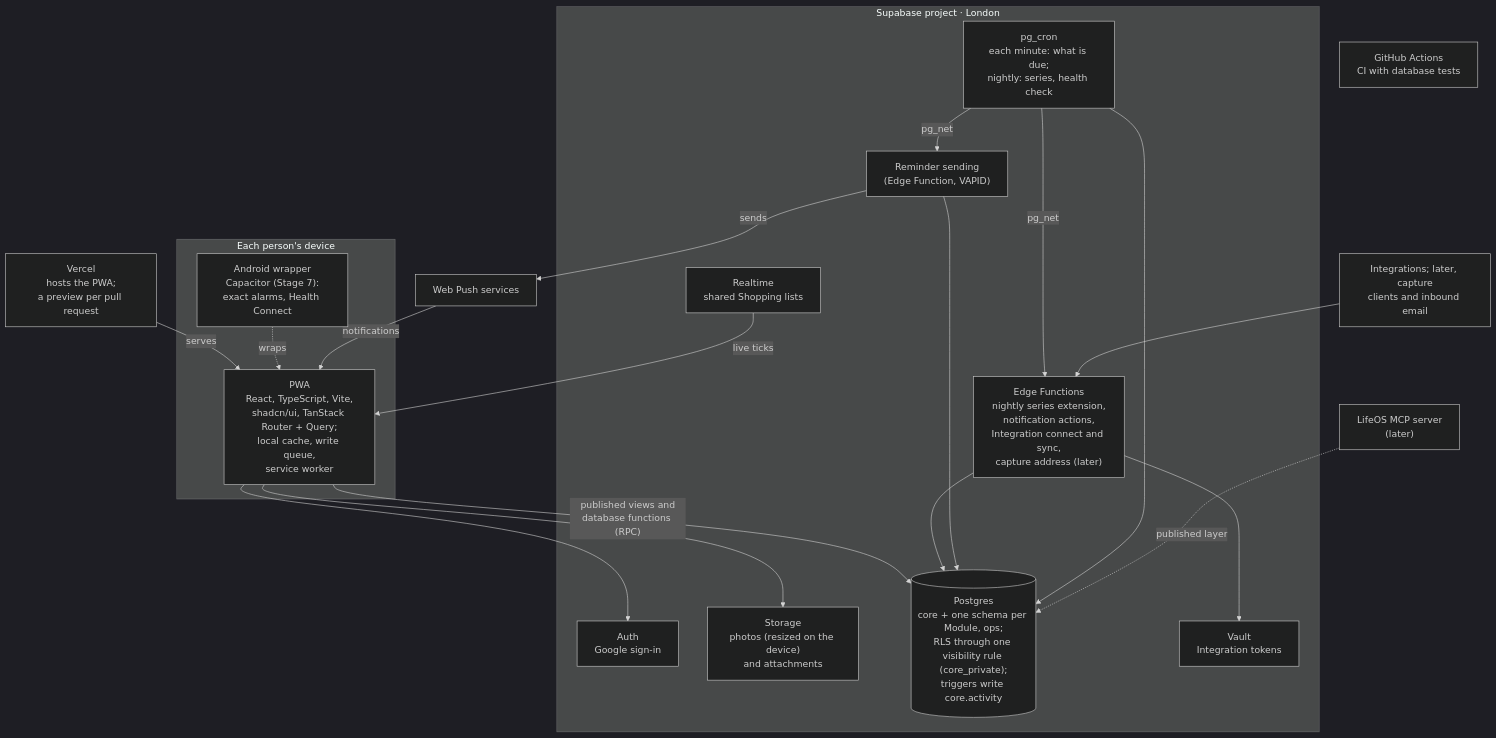
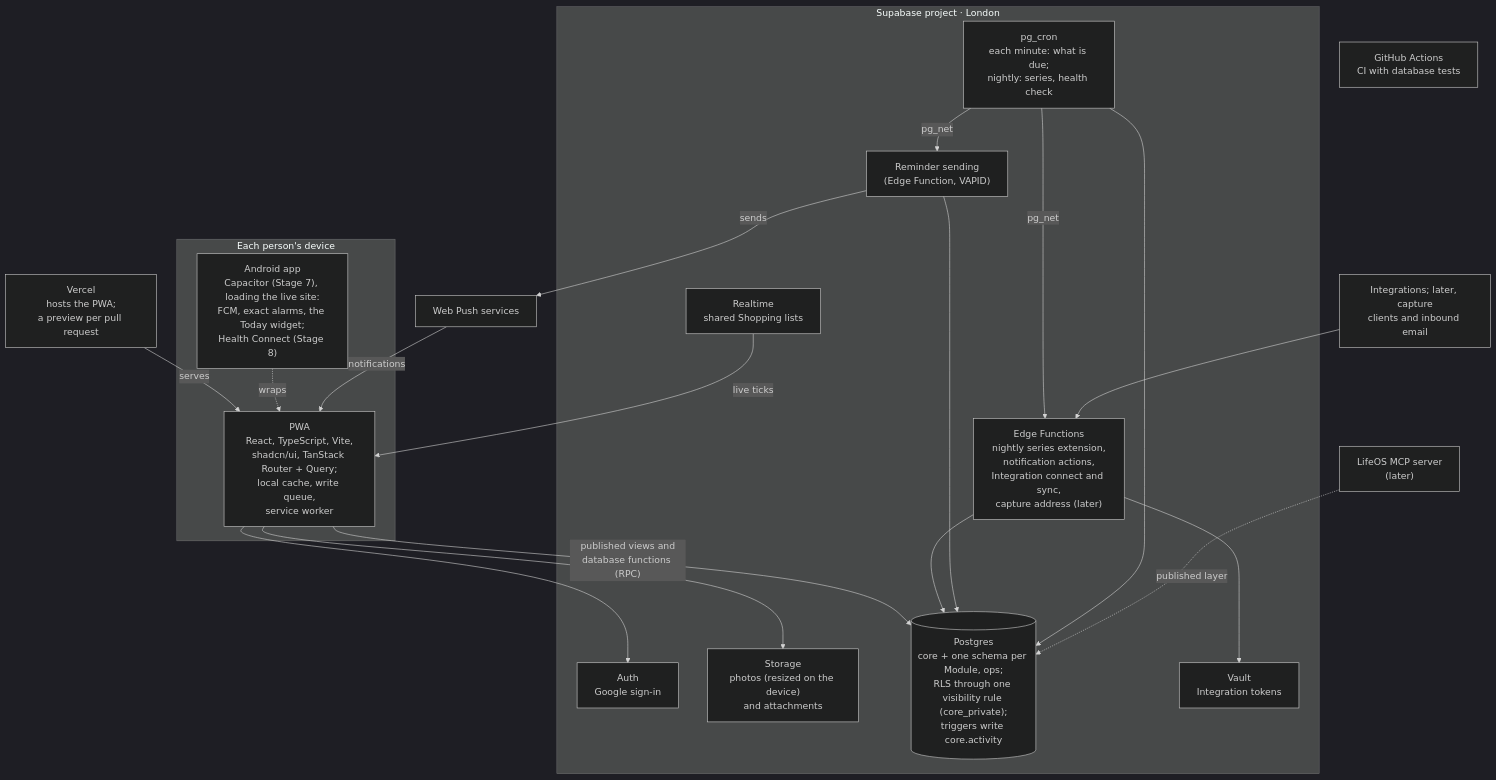
The second of 2 diagrams in docs/20-architecture/overview.md (joestables/lifeos), drawn with Mermaid (dark theme) before and after one commit. The commit also changed other lines of this file and 110 other files, not shown here.

First line of the commit message:
Stage 7: the Android app — plan, spec, decisions, design, toolchain, the app and signing in (#61)

````diff
--- a/docs/20-architecture/overview.md
+++ b/docs/20-architecture/overview.md
@@ -42,42 +42,42 @@
 ```mermaid
 flowchart TB
   vercel["Vercel<br/>hosts the PWA;<br/>a preview per pull request"]
   pushsvc["Web Push services"]
 
   subgraph device["Each person's device"]
     pwa["PWA<br/>React, TypeScript, Vite,<br/>shadcn/ui, TanStack Router + Query;<br/>local cache, write queue,<br/>service worker"]
-    android["Android wrapper<br/>Capacitor (Stage 7):<br/>exact alarms, Health Connect"]
+    android["Android app<br/>Capacitor (Stage 7), loading the live site:<br/>FCM, exact alarms, the Today widget;<br/>Health Connect (Stage 8)"]
   end
 
   subgraph supabase["Supabase project · London"]
     auth["Auth<br/>Google sign-in"]
     storage["Storage<br/>photos (resized on the device)<br/>and attachments"]
     realtime["Realtime<br/>shared Shopping lists"]
     db[("Postgres<br/>core + one schema per Module, ops;<br/>RLS through one visibility rule (core_private);<br/>triggers write core.activity")]
     edge["Edge Functions<br/>nightly series extension,<br/>notification actions,<br/>Integration connect and sync,<br/>capture address (later)"]
     reminders["Reminder sending<br/>(Edge Function, VAPID)"]
     cron["pg_cron<br/>each minute: what is due;<br/>nightly: series, health check"]
     vault["Vault<br/>Integration tokens"]
   end
 
   outside["Integrations; later, capture<br/>clients and inbound email"]
   mcp["LifeOS MCP server<br/>(later)"]
   gha["GitHub Actions<br/>CI with database tests"]
 
   vercel -- "serves" --> pwa
   android -. "wraps" .-> pwa
   pushsvc -- "notifications" --> pwa
   pwa --> auth
   pwa --> storage
   realtime -- "live ticks" --> pwa
   pwa -- "published views and<br/>database functions (RPC)" --> db
   edge --> db
   edge --> vault
   reminders --> db
   reminders -- "sends" --> pushsvc
   cron --> db
   cron -- "pg_net" --> reminders
   cron -- "pg_net" --> edge
   outside --> edge
   mcp -. "published layer" .-> db
 ```
````
